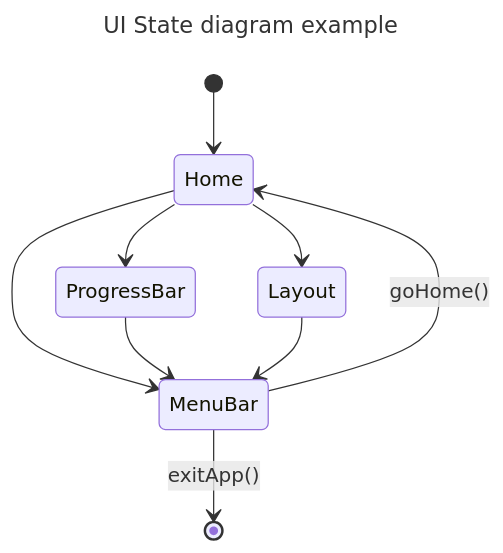
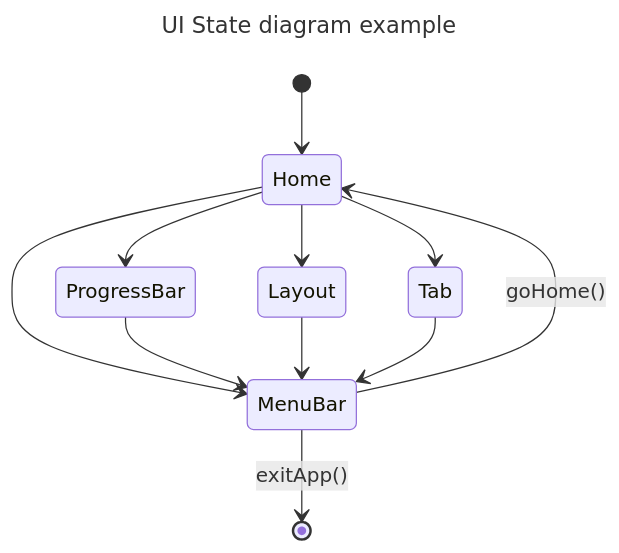
One commit to ssarl2/cpp-practice changed the second of 2 diagrams in qt_ws/README.md. Above: the diagram before and after it, drawn with Mermaid. The commit also changed other lines of this file and 7 other files, not shown here.

````diff
--- a/qt_ws/README.md
+++ b/qt_ws/README.md
@@ -213,14 +219,16 @@
 ```mermaid
 ---
 title: UI State diagram example
 ---
 stateDiagram-v2
     [*] --> Home
     Home --> MenuBar
     Home --> ProgressBar
     Home --> Layout
+    Home --> Tab
     ProgressBar --> MenuBar
     Layout --> MenuBar
+    Tab --> MenuBar
     MenuBar --> Home: goHome()
     MenuBar --> [*]: exitApp()
 ```
````
